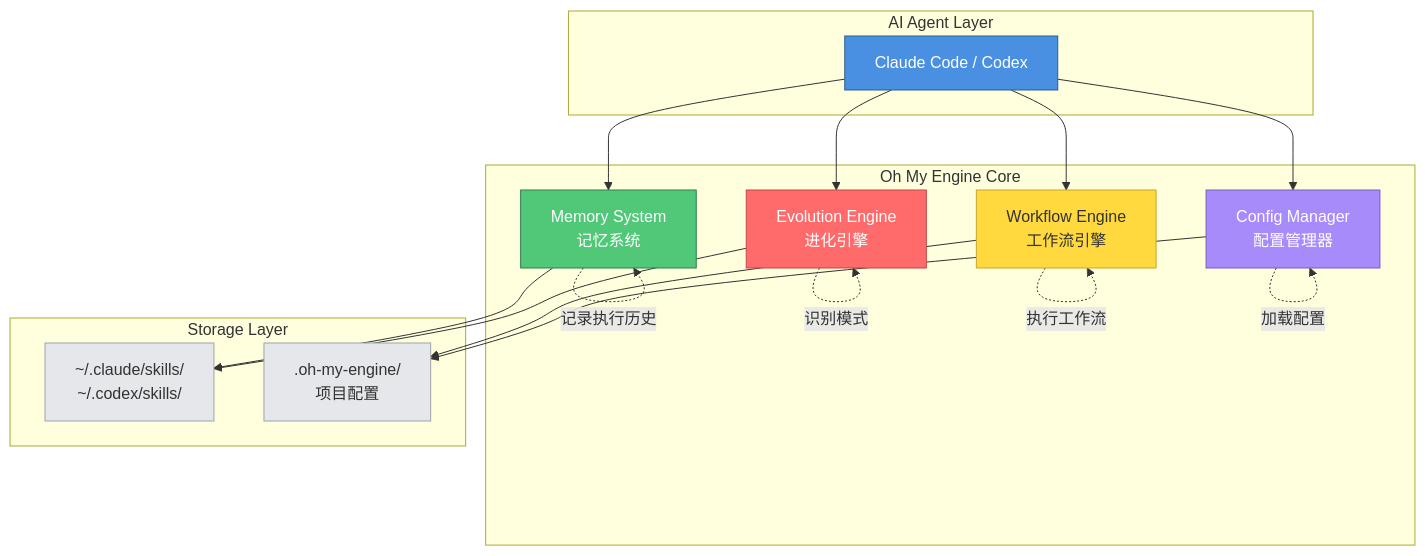
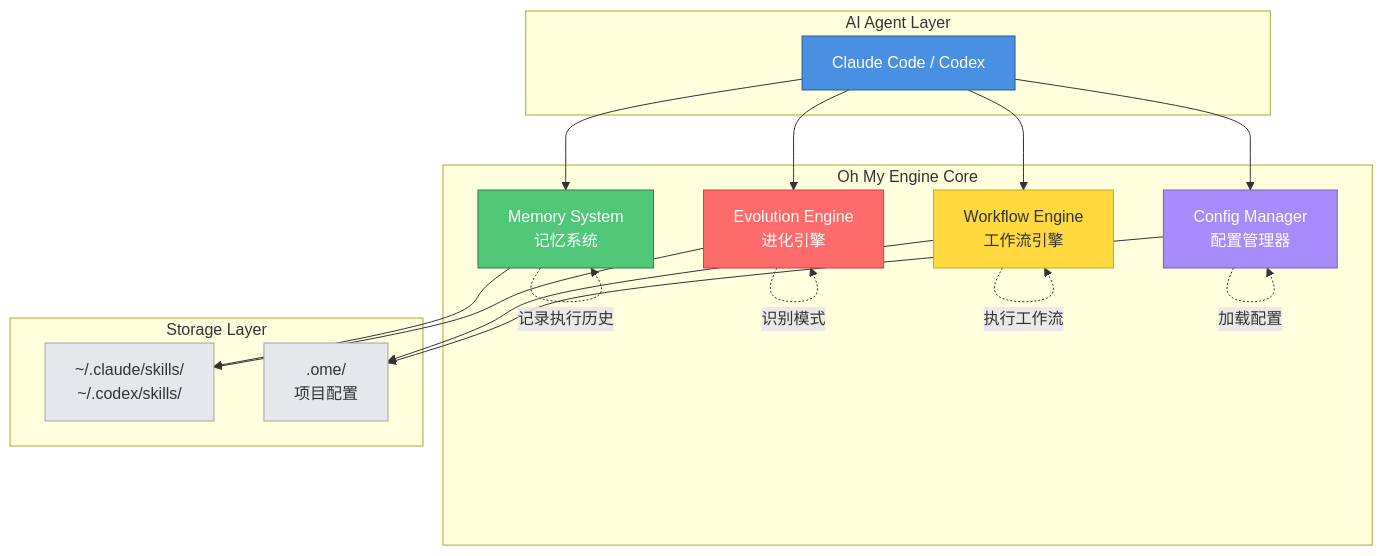
One commit to oh-my-engine/oh-my-engine changed the first of 11 diagrams in docs/marketing/BLOG_IMAGES.md. Above: the diagram before and after it, drawn with Mermaid. The commit also changed other lines of this file and 83 other files, not shown here.

````diff
--- a/docs/marketing/BLOG_IMAGES.md
+++ b/docs/marketing/BLOG_IMAGES.md
@@ -11,41 +11,41 @@
 ```mermaid
 graph TB
     subgraph "AI Agent Layer"
         A[Claude Code / Codex]
     end
     
     subgraph "Oh My Engine Core"
         B[Memory System<br/>记忆系统]
         C[Evolution Engine<br/>进化引擎]
         D[Workflow Engine<br/>工作流引擎]
         E[Config Manager<br/>配置管理器]
     end
     
     subgraph "Storage Layer"
         F[~/.claude/skills/<br/>~/.codex/skills/]
-        G[.oh-my-engine/<br/>项目配置]
+        G[.ome/<br/>项目配置]
     end
     
     A --> B
     A --> C
     A --> D
     A --> E
     
     B --> F
     C --> F
     D --> G
     E --> G
     
     B -.记录执行历史.-> B
     C -.识别模式.-> C
     D -.执行工作流.-> D
     E -.加载配置.-> E
     
     style A fill:#4A90E2,stroke:#2E5C8A,color:#fff
     style B fill:#50C878,stroke:#2E7D4E,color:#fff
     style C fill:#FF6B6B,stroke:#C44545,color:#fff
     style D fill:#FFD93D,stroke:#C4A72E,color:#333
     style E fill:#A78BFA,stroke:#7C5CBF,color:#fff
     style F fill:#E5E7EB,stroke:#9CA3AF,color:#333
     style G fill:#E5E7EB,stroke:#9CA3AF,color:#333
 ```
````
